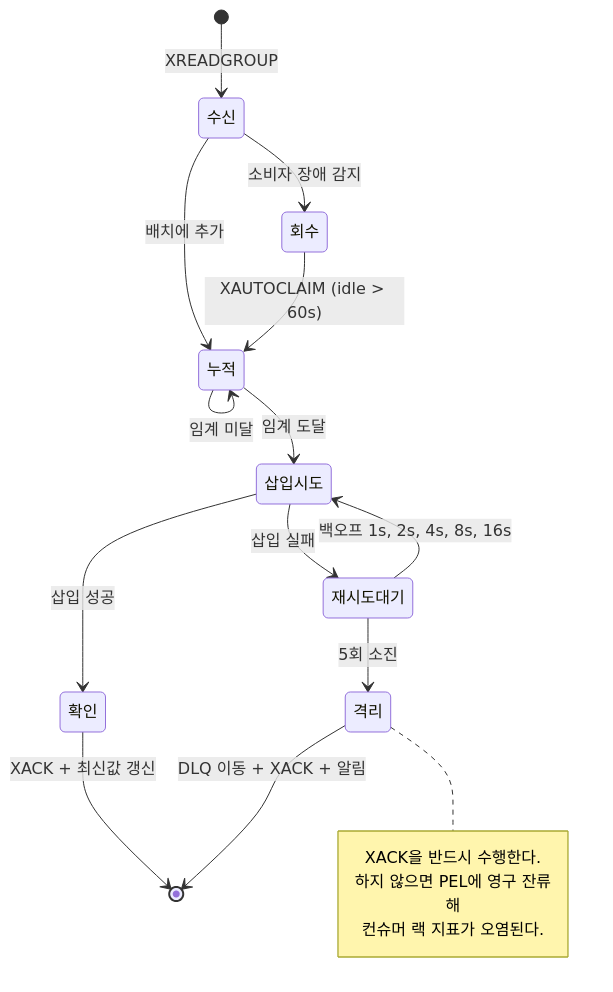
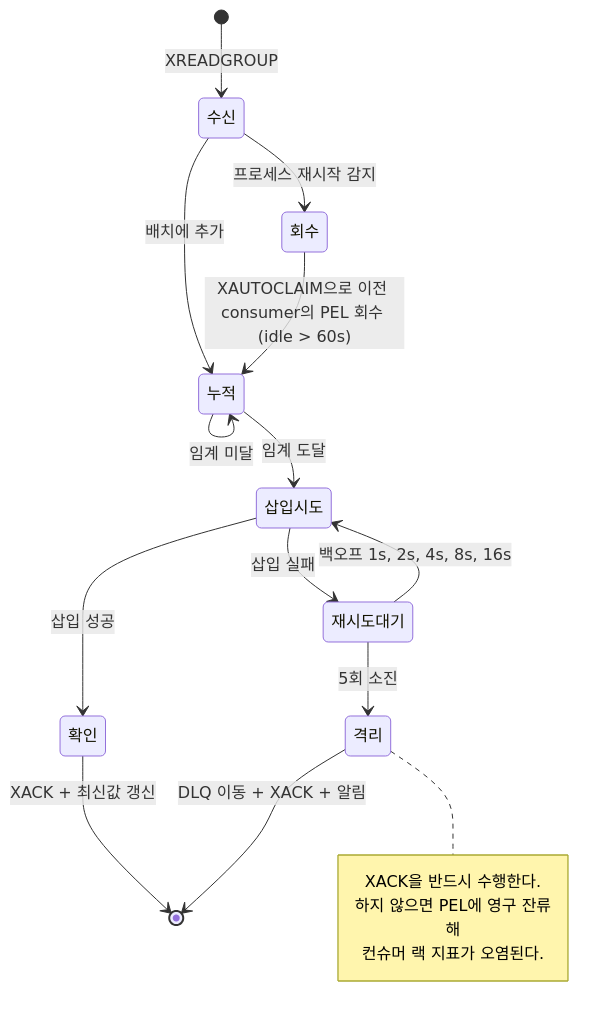
Before and after one commit to jaepil02/db_study: the sixth of 9 diagrams in architecture.md, drawn with Mermaid. The commit also changed other lines of this file and 3 other files, not shown here.

````diff
--- a/architecture.md
+++ b/architecture.md
@@ -680,23 +743,23 @@
 ```mermaid
 stateDiagram-v2
     [*] --> 수신: XREADGROUP
     수신 --> 누적: 배치에 추가
     누적 --> 누적: 임계 미달
     누적 --> 삽입시도: 임계 도달
     삽입시도 --> 확인: 삽입 성공
     확인 --> [*]: XACK + 최신값 갱신
 
     삽입시도 --> 재시도대기: 삽입 실패
     재시도대기 --> 삽입시도: 백오프 1s, 2s, 4s, 8s, 16s
     재시도대기 --> 격리: 5회 소진
     격리 --> [*]: DLQ 이동 + XACK + 알림
 
-    수신 --> 회수: 소비자 장애 감지
-    회수 --> 누적: XAUTOCLAIM (idle > 60s)
+    수신 --> 회수: 프로세스 재시작 감지
+    회수 --> 누적: XAUTOCLAIM으로 이전 consumer의 PEL 회수 (idle > 60s)
 
     note right of 격리
         XACK을 반드시 수행한다.
         하지 않으면 PEL에 영구 잔류해
         컨슈머 랙 지표가 오염된다.
     end note
 ```
````
